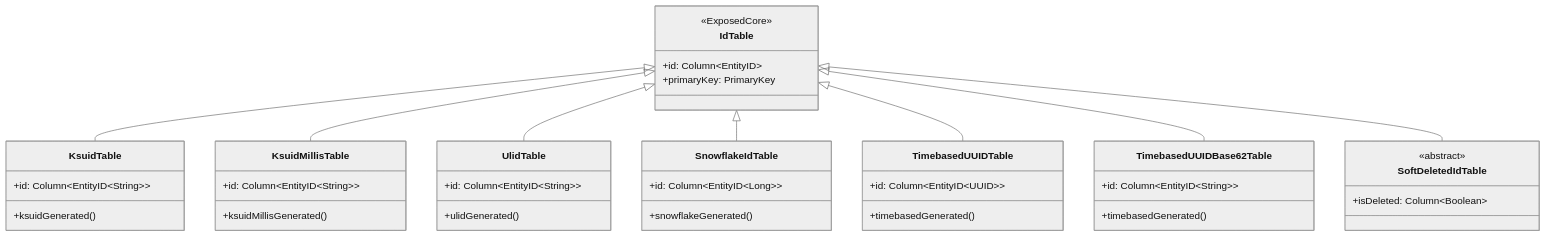
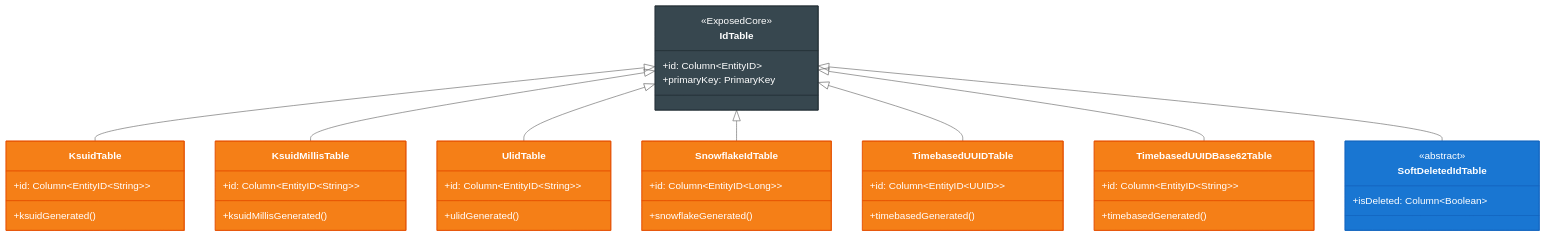
One commit to bluetape4k/bluetape4k-projects changed the third of 5 diagrams in data/exposed-core/README.md. Above: the diagram before and after it, drawn with Mermaid (neutral theme). The commit also changed other lines of this file and 221 other files, not shown here.

First line of the commit message:
docs: 전체 모듈 README UML 다이어그램 보강 및 색상 업그레이드

````diff
--- a/data/exposed-core/README.md
+++ b/data/exposed-core/README.md
@@ -294,44 +307,53 @@
 ```mermaid
 classDiagram
     class IdTable {
 <<ExposedCore>>
 +id: Column~EntityID~
 +primaryKey: PrimaryKey
 }
 class KsuidTable {
 +id: Column~EntityID~String~~
 +ksuidGenerated()
 }
 class KsuidMillisTable {
 +id: Column~EntityID~String~~
 +ksuidMillisGenerated()
 }
 class UlidTable {
 +id: Column~EntityID~String~~
 +ulidGenerated()
 }
 class SnowflakeIdTable {
 +id: Column~EntityID~Long~~
 +snowflakeGenerated()
 }
 class TimebasedUUIDTable {
 +id: Column~EntityID~UUID~~
 +timebasedGenerated()
 }
 class TimebasedUUIDBase62Table {
 +id: Column~EntityID~String~~
 +timebasedGenerated()
 }
 class SoftDeletedIdTable {
 <<abstract>>
 +isDeleted: Column~Boolean~
 }
 
 IdTable <|-- KsuidTable
 IdTable <|-- KsuidMillisTable
 IdTable <|-- UlidTable
 IdTable <|-- SnowflakeIdTable
 IdTable <|-- TimebasedUUIDTable
 IdTable <|-- TimebasedUUIDBase62Table
 IdTable <|-- SoftDeletedIdTable
+
+    style IdTable fill:#37474F,stroke:#263238,color:#FFFFFF
+    style KsuidTable fill:#F57F17,stroke:#E65100,color:#FFFFFF
+    style KsuidMillisTable fill:#F57F17,stroke:#E65100,color:#FFFFFF
+    style UlidTable fill:#F57F17,stroke:#E65100,color:#FFFFFF
+    style SnowflakeIdTable fill:#F57F17,stroke:#E65100,color:#FFFFFF
+    style TimebasedUUIDTable fill:#F57F17,stroke:#E65100,color:#FFFFFF
+    style TimebasedUUIDBase62Table fill:#F57F17,stroke:#E65100,color:#FFFFFF
+    style SoftDeletedIdTable fill:#1976D2,stroke:#1565C0,color:#FFFFFF
 ```
````
